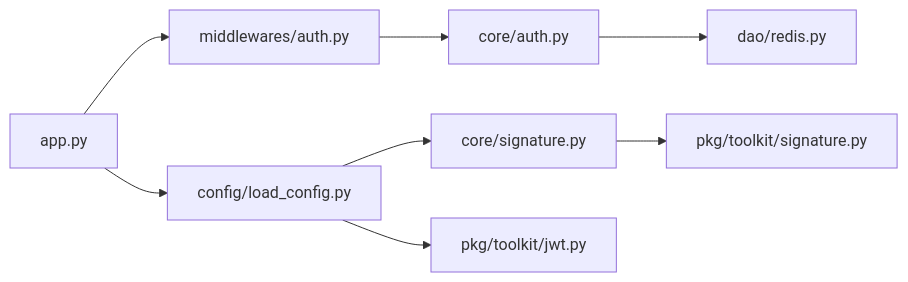
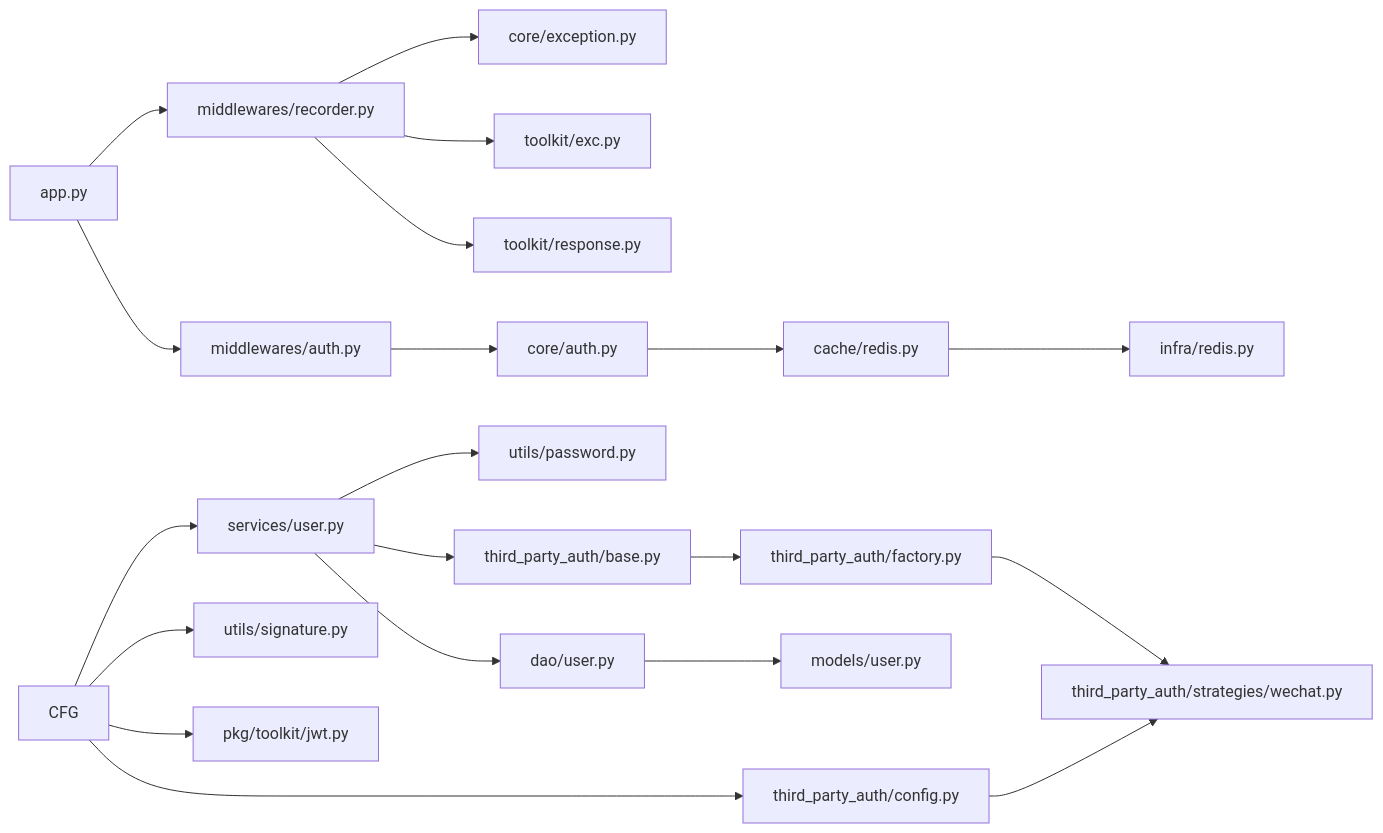
One commit to lilinzezzzzzz/fastapi-backend changed diagram 14 of 14 in .qoder/repowiki/zh/content/安全认证机制/安全认证机制.md. Above: the diagram before and after it, drawn with Mermaid. The commit also changed other lines of this file and 38 other files, not shown here.

````diff
--- a/.qoder/repowiki/zh/content/安全认证机制/安全认证机制.md
+++ b/.qoder/repowiki/zh/content/安全认证机制/安全认证机制.md
@@ -329,10 +664,22 @@
 ```mermaid
 graph LR
-APP["app.py"] --> MW["middlewares/auth.py"]
-APP --> CFG["config/load_config.py"]
+APP["app.py"] --> RECORDER["middlewares/recorder.py"]
+APP --> MW["middlewares/auth.py"]
+RECORDER --> CORE_EXCEPTION["core/exception.py"]
+RECORDER --> EXC_UTIL["toolkit/exc.py"]
+RECORDER --> RESPONSE["toolkit/response.py"]
 MW --> CORE_AUTH["core/auth.py"]
-CORE_AUTH --> DAO_REDIS["dao/redis.py"]
-CFG --> CORE_SIG["core/signature.py"]
-CORE_SIG --> TOOL_SIG["pkg/toolkit/signature.py"]
-CFG --> TOOL_JWT["pkg/toolkit/jwt.py"]
+CORE_AUTH --> CACHE_DAO["cache/redis.py"]
+CACHE_DAO --> REDIS_INFRA["infra/redis.py"]
+CFG --> USER_SERVICE["services/user.py"]
+USER_SERVICE --> PASSWORD_HANDLER["utils/password.py"]
+CFG --> SIGNATURE_UTIL["utils/signature.py"]
+CFG --> JWT_TOOL["pkg/toolkit/jwt.py"]
+CFG --> THIRD_PARTY_CONFIG["third_party_auth/config.py"]
+THIRD_PARTY_BASE["third_party_auth/base.py"] --> THIRD_PARTY_FACTORY["third_party_auth/factory.py"]
+THIRD_PARTY_FACTORY --> WECHAT_STRATEGY["third_party_auth/strategies/wechat.py"]
+THIRD_PARTY_CONFIG --> WECHAT_STRATEGY
+USER_SERVICE --> THIRD_PARTY_BASE
+USER_SERVICE --> USER_DAO["dao/user.py"]
+USER_DAO --> USER_MODEL["models/user.py"]
 ```
````
